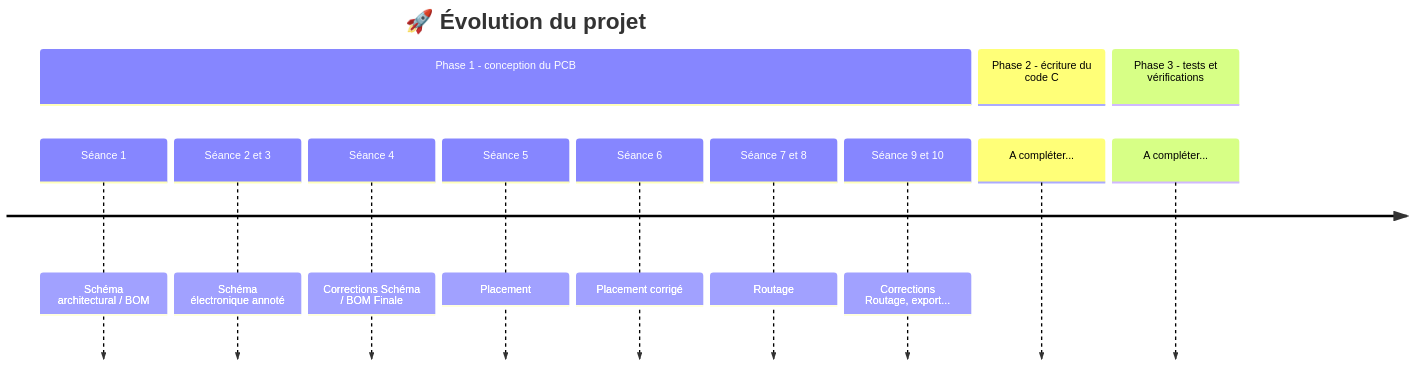
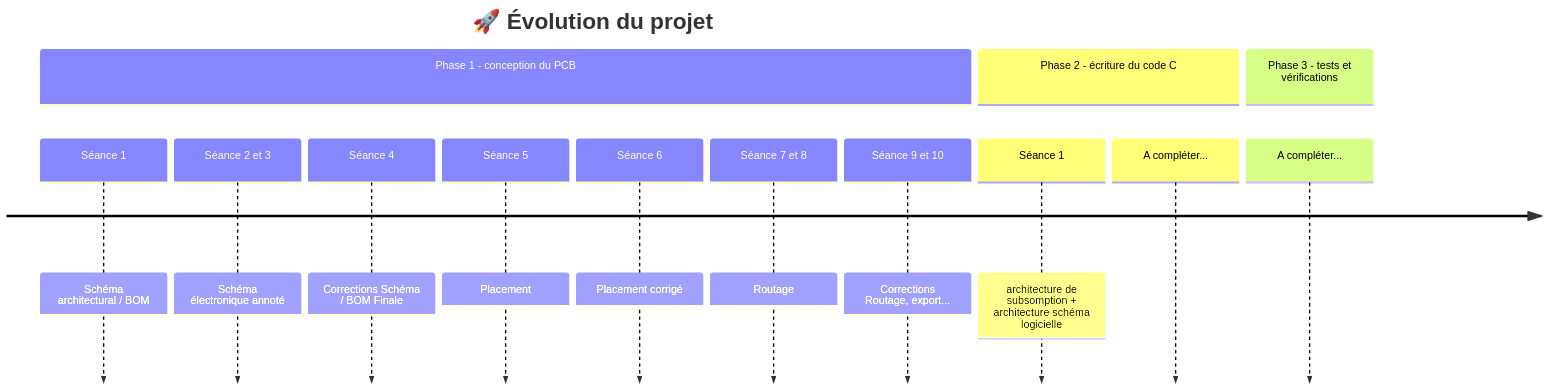
The diagram in README.md (HugouShare/ENSEA_3A_PROJET_ChaSouRo), drawn with Mermaid before and after one commit.

````diff
--- a/README.md
+++ b/README.md
@@ -53,25 +53,26 @@
 ```mermaid
 %%{init: {"theme":"default", "themeVariables": {
   "primaryColor": "#4F46E5",
   "primaryTextColor": "#ffffff",
   "primaryBorderColor": "#312E81",
   "lineColor": "#6366F1",
   "secondaryColor": "#E0E7FF",
   "tertiaryColor": "#A5B4FC"
 }}}%%
 
 timeline
     title 🚀 Évolution du projet
     section Phase 1 - conception du PCB
       Séance 1 : Schéma architectural / BOM
       Séance 2 et 3 : Schéma électronique annoté
       Séance 4 : Corrections Schéma / BOM Finale
       Séance 5 : Placement
       Séance 6 : Placement corrigé
       Séance 7 et 8 : Routage
       Séance 9 et 10 : Corrections Routage, export...
     section Phase 2 - écriture du code C
+      Séance 1 : architecture de subsomption + architecture schéma logicielle
       A compléter...
     section Phase 3 - tests et vérifications
       A compléter...
 ```
````
